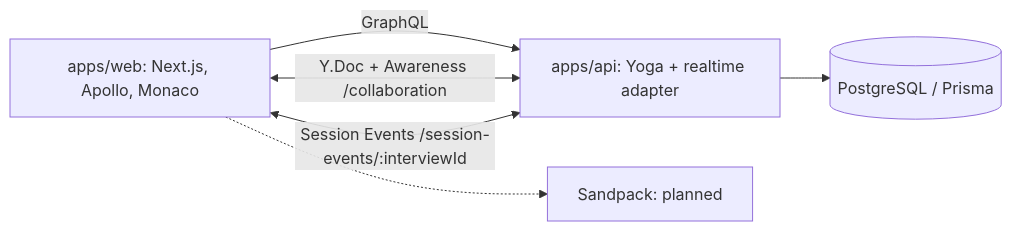
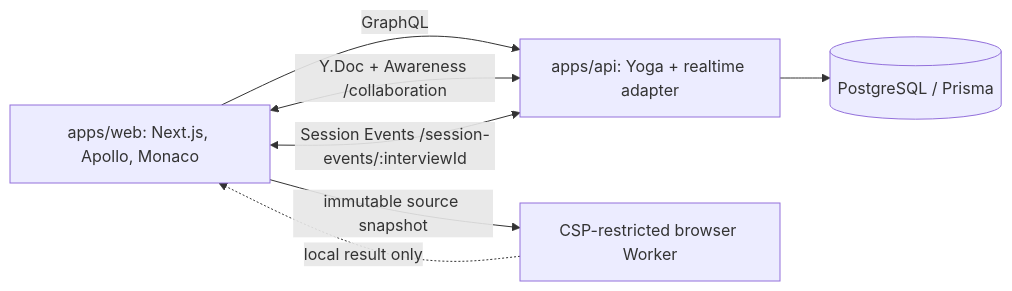
The diagram in README.md (Milo78k/codemeet), drawn with Mermaid before and after one commit. The commit also changed other lines of this file and 25 other files, not shown here.

Commit message:
feat: add browser-based code runner

````diff
--- a/README.md
+++ b/README.md
@@ -30,8 +30,9 @@
 ```mermaid
 flowchart LR
   Web["apps/web: Next.js, Apollo, Monaco"] -->|GraphQL| API
   Web <-->|"Y.Doc + Awareness /collaboration"| API
   Web <-->|"Session Events /session-events/:interviewId"| API
   API["apps/api: Yoga + realtime adapter"] --> DB[("PostgreSQL / Prisma")]
-  Web -.-> Runner["Sandpack: planned"]
+  Web -->|"immutable source snapshot"| Runner["CSP-restricted browser Worker"]
+  Runner -.->|"local result only"| Web
 ```
````
